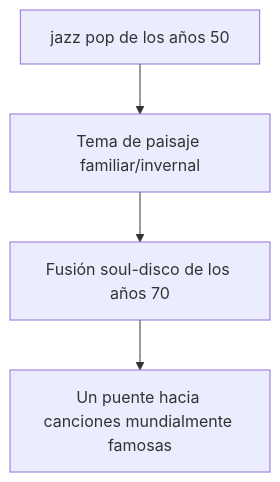
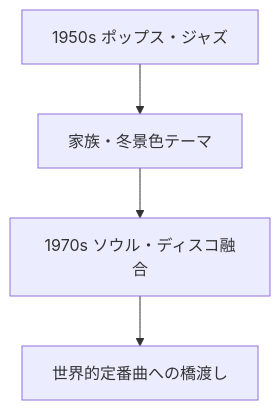
Before and after one commit to monumental-movement/monumental-movement.github.io: the second of 6 diagrams in es/_posts/2025-11-16-column-christmas-songs-history.md, drawn with Mermaid. The commit also changed other lines of this file and 299 other files, not shown here.

```diff
--- a/es/_posts/2025-11-16-column-christmas-songs-history.md
+++ b/es/_posts/2025-11-16-column-christmas-songs-history.md
@@ -96,8 +96,8 @@
 <div class="mermaid">
 
 graph TD
-A[jazz pop de los años 50] --> B[Tema de paisaje familiar/invernal]
-B --> C[Fusión soul-disco de los años 70]
-C --> D[Un puente hacia canciones mundialmente famosas]
+A[1950s ポップス・ジャズ] --> B[家族・冬景色テーマ]
+B --> C[1970s ソウル・ディスコ融合]
+C --> D[世界的定番曲への橋渡し]
 
 </div>
```
